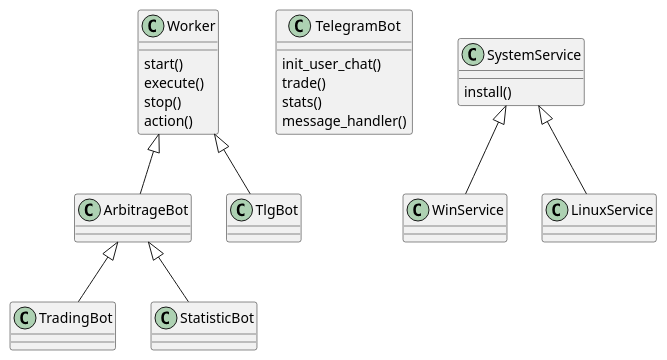
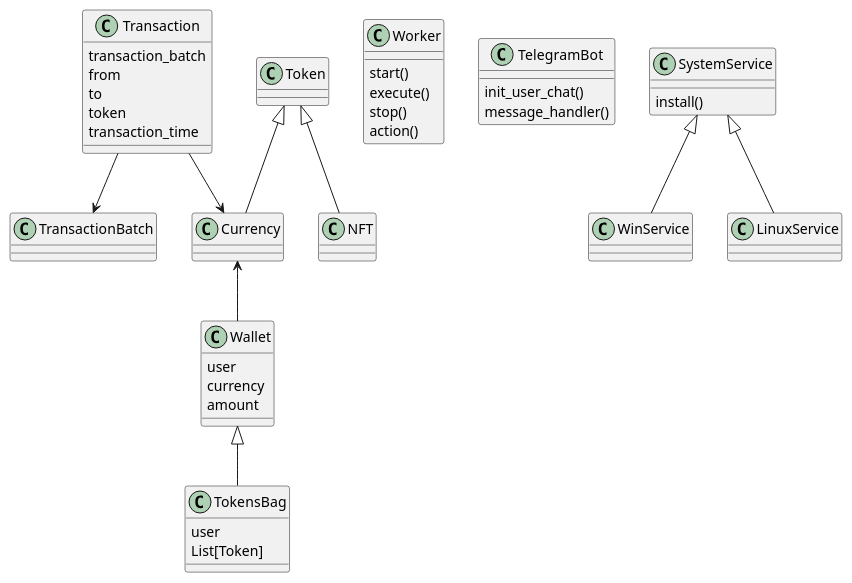
Before and after one commit to nagvalhm/marat: the diagram in uml/model.wsd, drawn with PlantUML. The commit also changed 1 other file, not shown here.

```diff
--- a/uml/model.wsd
+++ b/uml/model.wsd
@@ -1,33 +1,55 @@
 class Worker{
     start()
     execute()
     stop()
     action()
 }
 
-class ArbitrageBot{}
-
-class TradingBot{}
-
-class StatisticBot{}
 
 class TelegramBot{
     init_user_chat()
-    trade()
-    stats()
     message_handler()
 }
+
+class Transaction{
+    transaction_batch
+    from
+    to
+    token
+    transaction_time
+}
+
+class TransactionBatch{}
+
+class TokensBag{
+    user
+    List[Token]
+}
+
+class Wallet{
+    user
+    currency
+    amount
+}
+
+class Token{}
+class Currency{}
+class NFT{}
 
 class SystemService{
     install()
 }
 class WinService{}
 class LinuxService{}
 
 SystemService <|-- WinService
 SystemService <|-- LinuxService
 
-Worker <|-- ArbitrageBot
-    ArbitrageBot <|-- TradingBot
-    ArbitrageBot <|-- StatisticBot
-Worker <|-- TlgBot
+Token <|-- Currency
+Token <|-- NFT
+
+Wallet -up-> Currency
+Transaction --> TransactionBatch
+Transaction --> Currency
+
+Wallet <|-- TokensBag
```
